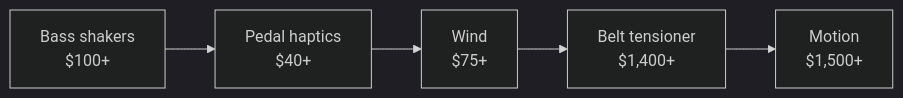
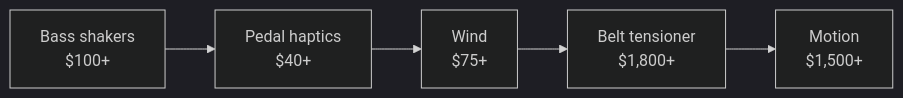
The diagram in docs/components/immersion.md (johnjp15/sim-racing-guide), drawn with Mermaid (dark theme) before and after one commit. The commit also changed other lines of this file and 19 other files, not shown here.

````diff
--- a/docs/components/immersion.md
+++ b/docs/components/immersion.md
@@ -18,4 +18,4 @@
 ```mermaid
 flowchart LR
-    A[Bass shakers<br>$100+] --> B[Pedal haptics<br>$40+] --> C[Wind<br>$75+] --> D[Belt tensioner<br>$1,400+] --> E[Motion<br>$1,500+]
+    A[Bass shakers<br>$100+] --> B[Pedal haptics<br>$40+] --> C[Wind<br>$75+] --> D[Belt tensioner<br>$1,800+] --> E[Motion<br>$1,500+]
 ```
````
